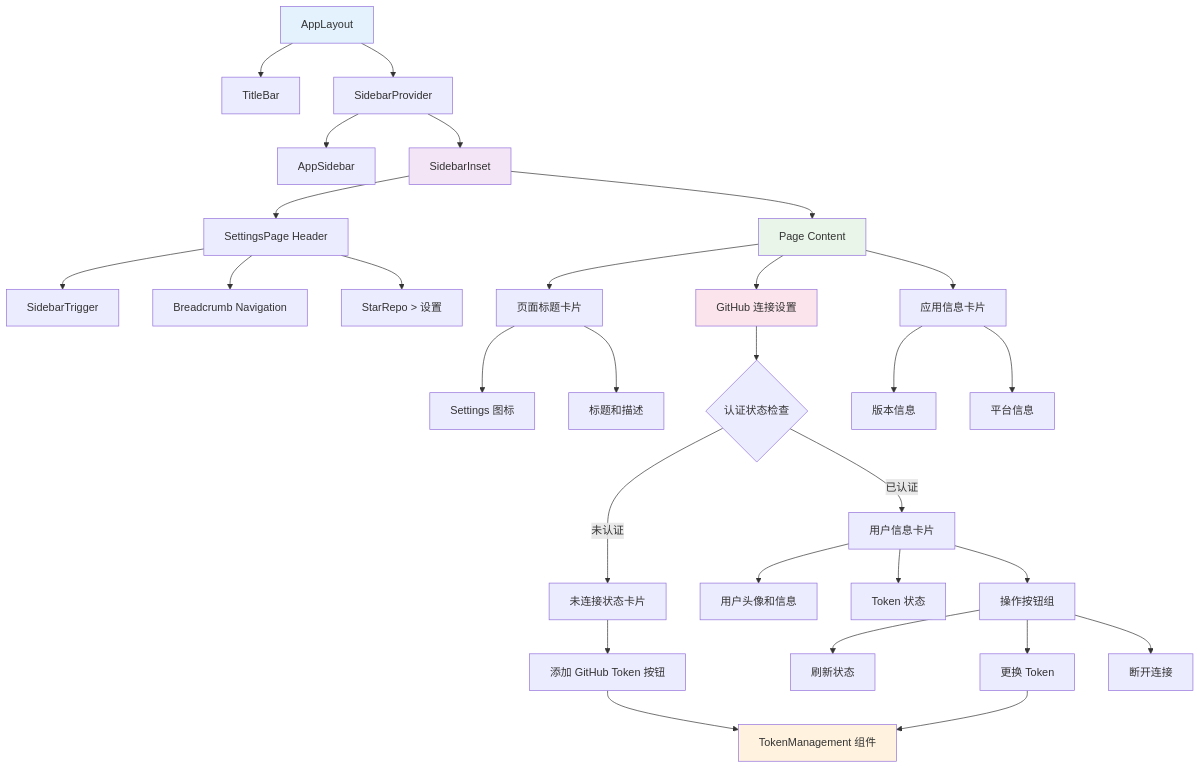
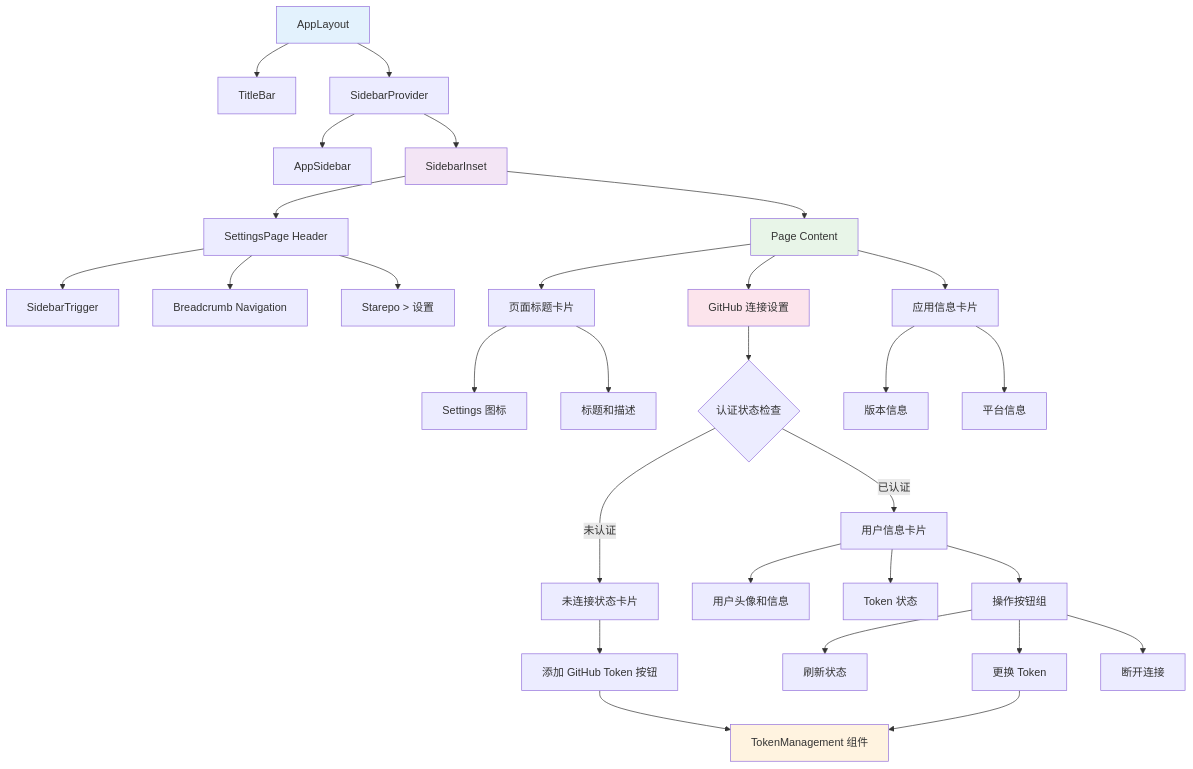
One commit to yangyang0507/starepo changed the first of 2 diagrams in docs/settings-page-usage.md. Above: the diagram before and after it, drawn with Mermaid. The commit also changed other lines of this file and 20 other files, not shown here.

````diff
--- a/docs/settings-page-usage.md
+++ b/docs/settings-page-usage.md
@@ -68,44 +68,44 @@
 ```mermaid
 graph TD
     A["AppLayout"] --> B["TitleBar"]
     A --> C["SidebarProvider"]
     C --> D["AppSidebar"]
     C --> E["SidebarInset"]
     
     E --> F["SettingsPage Header"]
     F --> G["SidebarTrigger"]
     F --> H["Breadcrumb Navigation"]
-    F --> I["StarRepo > 设置"]
+    F --> I["Starepo > 设置"]
     
     E --> J["Page Content"]
     J --> K["页面标题卡片"]
     K --> L["Settings 图标"]
     K --> M["标题和描述"]
     
     J --> N["GitHub 连接设置"]
     N --> O{认证状态检查}
     
     O -->|未认证| P["未连接状态卡片"]
     P --> Q["添加 GitHub Token 按钮"]
     
     O -->|已认证| R["用户信息卡片"]
     R --> S["用户头像和信息"]
     R --> T["Token 状态"]
     R --> U["操作按钮组"]
     U --> V["刷新状态"]
     U --> W["更换 Token"]
     U --> X["断开连接"]
     
     J --> Y["应用信息卡片"]
     Y --> Z["版本信息"]
     Y --> AA["平台信息"]
     
     Q --> BB["TokenManagement 组件"]
     W --> BB
     
     style A fill:#e3f2fd
     style E fill:#f3e5f5
     style J fill:#e8f5e8
     style BB fill:#fff3e0
     style N fill:#fce4ec
 ```
````
